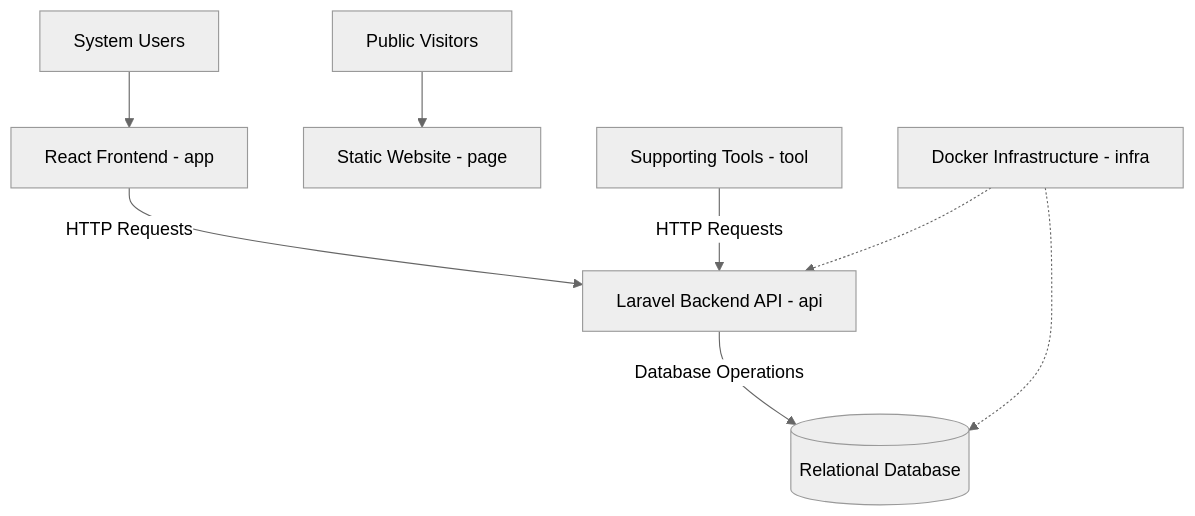
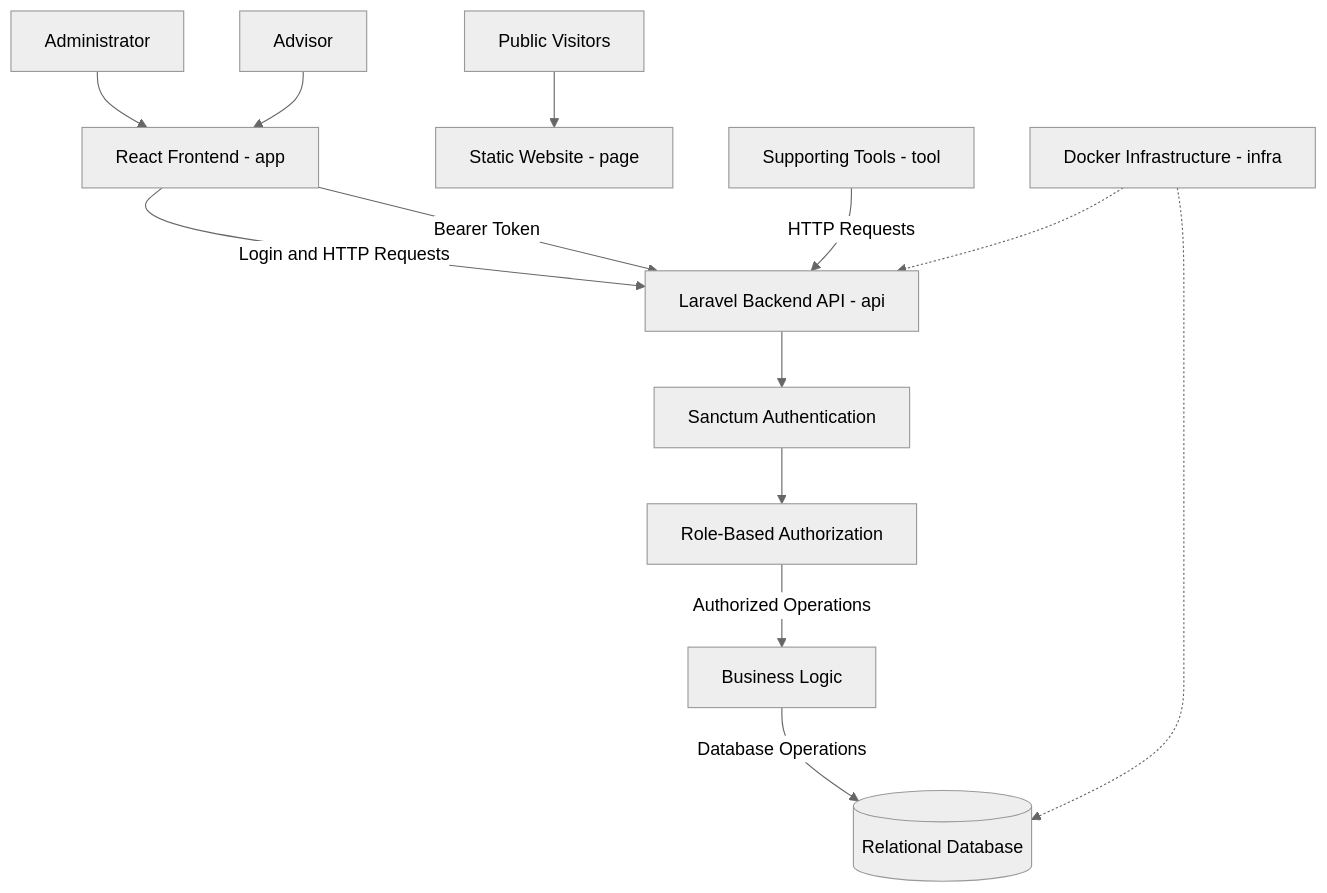
Before and after one commit to Aguirrecristiantrox0426/ADSO-3239137: the diagram in 03-execute/11-week/plan-mejoramiento/docs/architecture.md, drawn with Mermaid (neutral theme). The commit also changed other lines of this file, not shown here.

Commit message:
docs: update system architecture

````diff
--- a/03-execute/11-week/plan-mejoramiento/docs/architecture.md
+++ b/03-execute/11-week/plan-mejoramiento/docs/architecture.md
@@ -170,12 +235,19 @@
 ```mermaid
 flowchart TD
-    U[System Users] --> APP[React Frontend - app]
+    ADMIN[Administrator] --> APP[React Frontend - app]
+    ADVISOR[Advisor] --> APP
     PUB[Public Visitors] --> PAGE[Static Website - page]
 
-    APP -->|HTTP Requests| API[Laravel Backend API - api]
+    APP -->|Login and HTTP Requests| API[Laravel Backend API - api]
+    APP -->|Bearer Token| API
     TOOL[Supporting Tools - tool] -->|HTTP Requests| API
 
-    API -->|Database Operations| DB[(Relational Database)]
+    API --> AUTH[Sanctum Authentication]
+    AUTH --> RBAC[Role-Based Authorization]
+    RBAC -->|Authorized Operations| LOGIC[Business Logic]
+
+    LOGIC -->|Database Operations| DB[(Relational Database)]
+
     INFRA[Docker Infrastructure - infra] -.-> API
     INFRA -.-> DB
 ```
````
